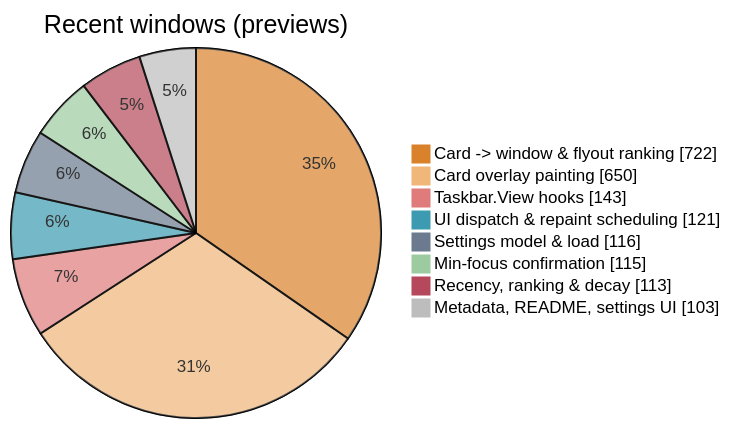
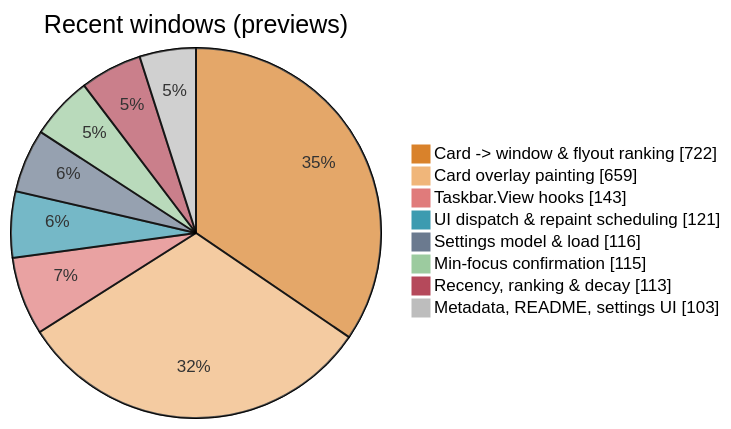
Before and after one commit to jvlasek/taskbar-recent-focus-highlight: the fifth of 5 diagrams in doc/code/code-breakdown.md, drawn with Mermaid. The commit also changed other lines of this file and 6 other files, not shown here.

````diff
--- a/doc/code/code-breakdown.md
+++ b/doc/code/code-breakdown.md
@@ -153,12 +153,12 @@
 ```mermaid
 %%{init: {"themeVariables": {"pie1": "#D9822B", "pie2": "#F0B67A", "pie3": "#E07B7B", "pie4": "#3C9BB0", "pie5": "#6B7A8F", "pie6": "#9CCB9F", "pie7": "#B5495B", "pie8": "#BDBDBD", "pieOuterStrokeWidth": "1px"}}}%%
 pie showData title Recent windows (previews)
     "Card -> window & flyout ranking" : 722
-    "Card overlay painting" : 650
+    "Card overlay painting" : 659
     "Taskbar.View hooks" : 143
     "UI dispatch & repaint scheduling" : 121
     "Settings model & load" : 116
     "Min-focus confirmation" : 115
     "Recency, ranking & decay" : 113
     "Metadata, README, settings UI" : 103
 ```
````
